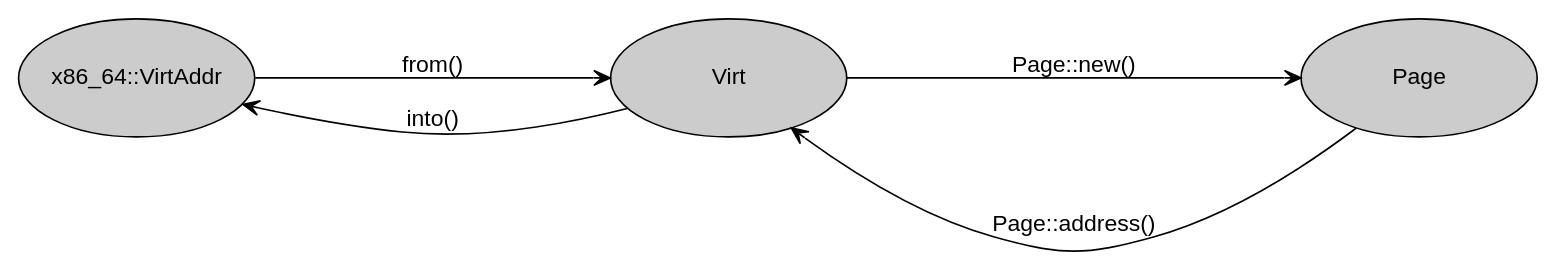
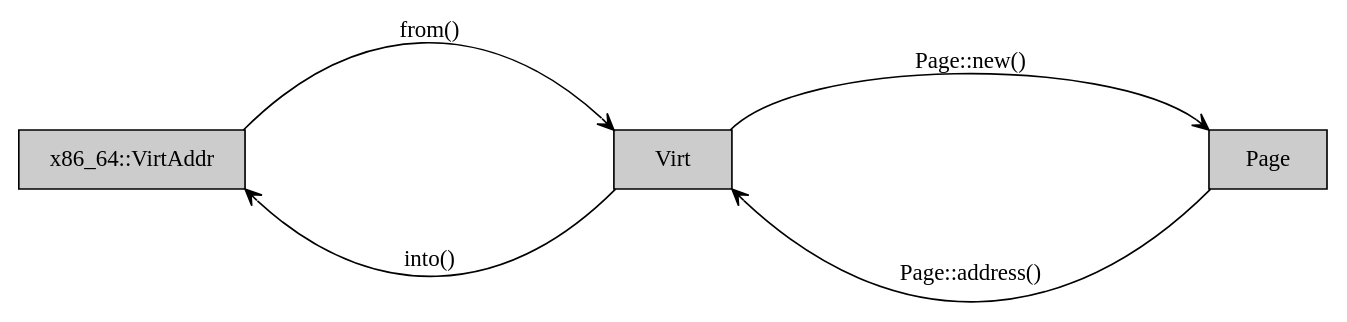
Before and after one commit to AntonGlinisty/nikka-practice: the diagram in lab/src/2-mm-0-intro-3-virt.dot, drawn with Graphviz. The commit also changed 5 other files, not shown here.

Commit message:
Polish diagrams for lab 2-mm

```diff
--- a/lab/src/2-mm-0-intro-3-virt.dot
+++ b/lab/src/2-mm-0-intro-3-virt.dot
@@ -1,20 +1,20 @@
 digraph diagram {
     rankdir = LR
     ranksep = 2.5
     nodesep = 1
 
     fontname="Helvetica,Arial,sans-serif"
 
-    node [fontname = "Helvetica,Arial,sans-serif"; width = 2.0; height = 1.0; style = filled; fillcolor = "#CCCCCC"]
-    edge [arrowhead = vee; fontname="Helvetica,Arial,sans-serif"]
+    node [shape = box; width = 1.0; height = 0.5; style = filled; fillcolor = "#CCCCCC"]
+    edge [arrowhead = vee]
 
     Virt
     VirtAddr [label = "x86_64::VirtAddr"]
     Page
 
-    Page -> Virt [constraint = false; label = "Page::address()"]
-    VirtAddr -> Virt [label = "from()"]
+    VirtAddr:ne -> Virt:nw [label = "from()"]
+    Virt:sw -> VirtAddr:se [constraint = false; label = "into()"]
 
-    Virt -> Page [label = "Page::new()"]
-    Virt -> VirtAddr [constraint = false; label = "into()"]
+    Virt:ne -> Page:nw [label = "Page::new()"]
+    Page:sw -> Virt:se [constraint = false; label = "Page::address()"]
 }
```
